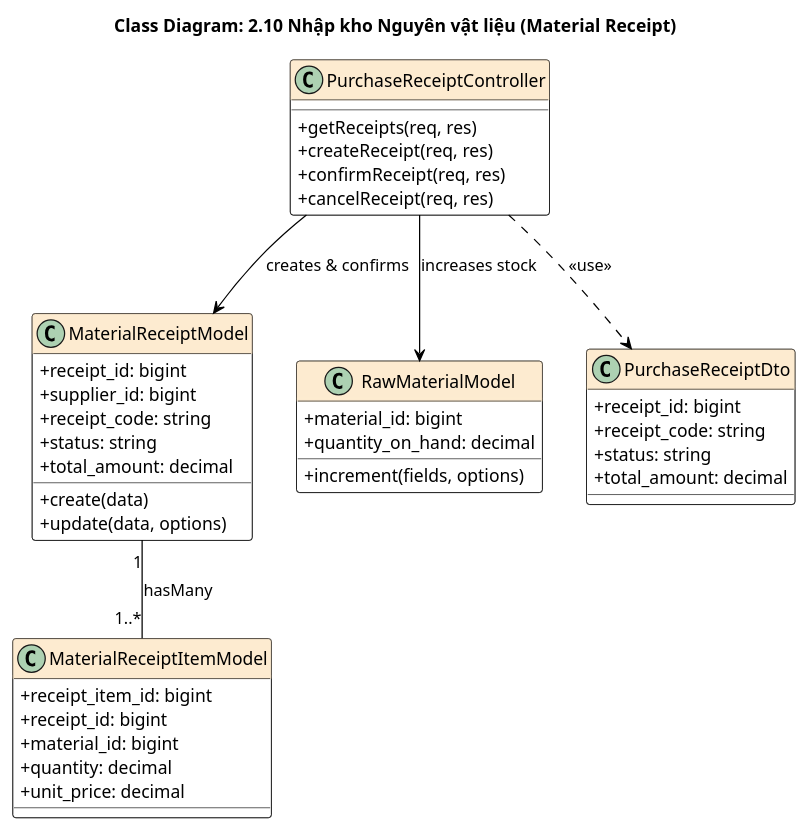
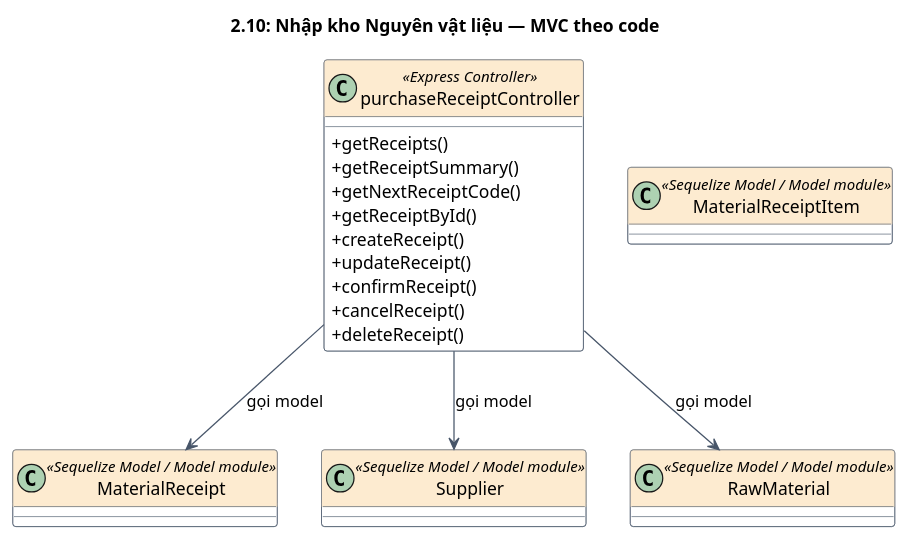
One commit to chuoois/FS-SIMS changed the tenth of 14 diagrams in docs/classdiagrams.md. Above: the diagram before and after it, drawn with PlantUML. The commit also changed other lines of this file and 8 other files, not shown here.

````diff
--- a/docs/classdiagrams.md
+++ b/docs/classdiagrams.md
@@ -523,55 +445,35 @@
 ```plantuml
 @startuml
 skinparam classAttributeIconSize 0
 skinparam class {
-    BackgroundColor White
-    BorderColor Black
-    ArrowColor Black
-    HeaderBackgroundColor #FDEBD0
+  BackgroundColor White
+  BorderColor #475569
+  ArrowColor #475569
+  HeaderBackgroundColor #FDEBD0
 }
-title Class Diagram: 2.10 Nhập kho Nguyên vật liệu (Material Receipt)
+title 2.10: Nhập kho Nguyên vật liệu — MVC theo code
 
-class PurchaseReceiptController {
-  +getReceipts(req, res)
-  +createReceipt(req, res)
-  +confirmReceipt(req, res)
-  +cancelReceipt(req, res)
+class purchaseReceiptController <<Express Controller>> {
+  +getReceipts()
+  +getReceiptSummary()
+  +getNextReceiptCode()
+  +getReceiptById()
+  +createReceipt()
+  +updateReceipt()
+  +confirmReceipt()
+  +cancelReceipt()
+  +deleteReceipt()
 }
 
-class MaterialReceiptModel {
-  +receipt_id: bigint
-  +supplier_id: bigint
-  +receipt_code: string
-  +status: string
-  +total_amount: decimal
-  +create(data)
-  +update(data, options)
-}
+class MaterialReceipt <<Sequelize Model / Model module>>
 
-class MaterialReceiptItemModel {
-  +receipt_item_id: bigint
-  +receipt_id: bigint
-  +material_id: bigint
-  +quantity: decimal
-  +unit_price: decimal
-}
+class MaterialReceiptItem <<Sequelize Model / Model module>>
 
-class RawMaterialModel {
-  +material_id: bigint
-  +quantity_on_hand: decimal
-  +increment(fields, options)
-}
+class Supplier <<Sequelize Model / Model module>>
 
-class PurchaseReceiptDto {
-  +receipt_id: bigint
-  +receipt_code: string
-  +status: string
-  +total_amount: decimal
-}
-
-PurchaseReceiptController --> MaterialReceiptModel : creates & confirms
-PurchaseReceiptController --> RawMaterialModel : increases stock
-MaterialReceiptModel "1" -- "1..*" MaterialReceiptItemModel : hasMany
-PurchaseReceiptController ..> PurchaseReceiptDto : <<use>>
+class RawMaterial <<Sequelize Model / Model module>>
+purchaseReceiptController --> MaterialReceipt : gọi model
+purchaseReceiptController --> Supplier : gọi model
+purchaseReceiptController --> RawMaterial : gọi model
 @enduml
 ```
````
